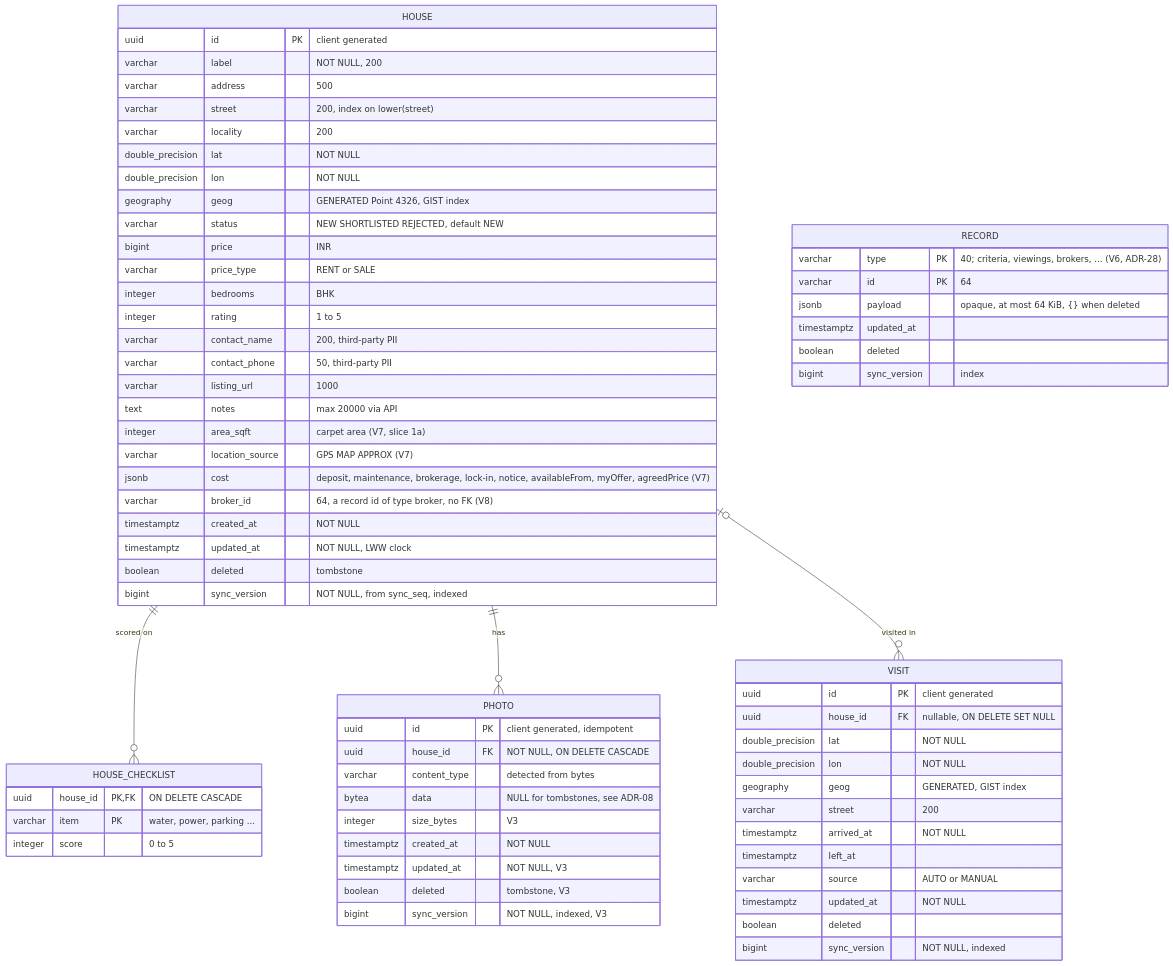
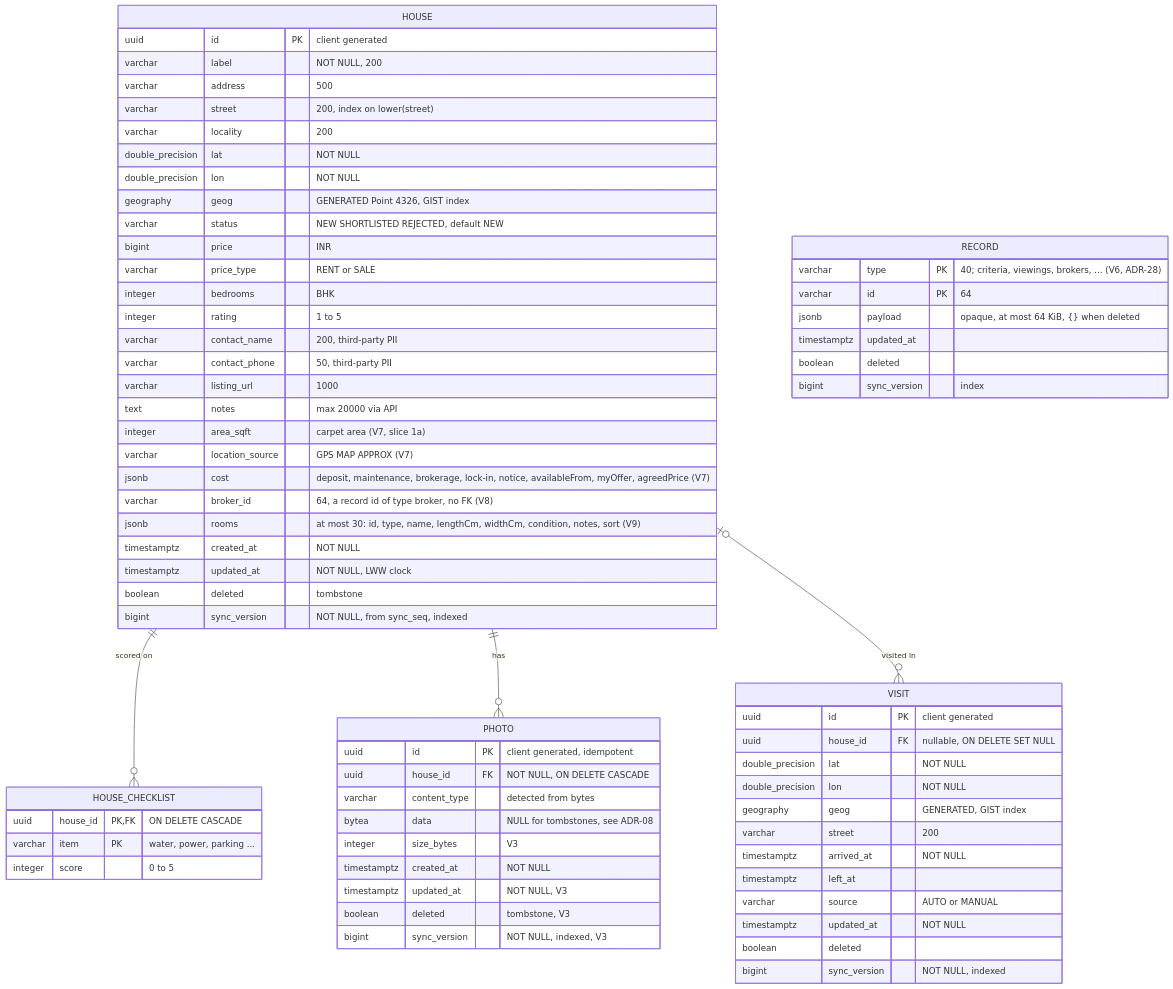
The seventh of 17 diagrams in docs/03-design.md (Sriram-Codes-SW/doorprints), drawn with Mermaid before and after one commit. The commit also changed other lines of this file and 133 other files, not shown here.

First line of the commit message:
feat(data): rooms with sizes and condition, slice 1c of the Sprint 4b data model (5.6) (#76)

````diff
--- a/docs/03-design.md
+++ b/docs/03-design.md
@@ -423,71 +424,72 @@
 ```mermaid
 erDiagram
     HOUSE ||--o{ HOUSE_CHECKLIST : "scored on"
     HOUSE ||--o{ PHOTO : "has"
     HOUSE |o--o{ VISIT : "visited in"
     RECORD {
         varchar type PK "40; criteria, viewings, brokers, ... (V6, ADR-28)"
         varchar id PK "64"
         jsonb payload "opaque, at most 64 KiB, {} when deleted"
         timestamptz updated_at
         boolean deleted
         bigint sync_version "index"
     }
     HOUSE {
         uuid id PK "client generated"
         varchar label "NOT NULL, 200"
         varchar address "500"
         varchar street "200, index on lower(street)"
         varchar locality "200"
         double_precision lat "NOT NULL"
         double_precision lon "NOT NULL"
         geography geog "GENERATED Point 4326, GIST index"
         varchar status "NEW SHORTLISTED REJECTED, default NEW"
         bigint price "INR"
         varchar price_type "RENT or SALE"
         integer bedrooms "BHK"
         integer rating "1 to 5"
         varchar contact_name "200, third-party PII"
         varchar contact_phone "50, third-party PII"
         varchar listing_url "1000"
         text notes "max 20000 via API"
         integer area_sqft "carpet area (V7, slice 1a)"
         varchar location_source "GPS MAP APPROX (V7)"
         jsonb cost "deposit, maintenance, brokerage, lock-in, notice, availableFrom, myOffer, agreedPrice (V7)"
         varchar broker_id "64, a record id of type broker, no FK (V8)"
+        jsonb rooms "at most 30: id, type, name, lengthCm, widthCm, condition, notes, sort (V9)"
         timestamptz created_at "NOT NULL"
         timestamptz updated_at "NOT NULL, LWW clock"
         boolean deleted "tombstone"
         bigint sync_version "NOT NULL, from sync_seq, indexed"
     }
     HOUSE_CHECKLIST {
         uuid house_id PK, FK "ON DELETE CASCADE"
         varchar item PK "water, power, parking ..."
         integer score "0 to 5"
     }
     VISIT {
         uuid id PK "client generated"
         uuid house_id FK "nullable, ON DELETE SET NULL"
         double_precision lat "NOT NULL"
         double_precision lon "NOT NULL"
         geography geog "GENERATED, GIST index"
         varchar street "200"
         timestamptz arrived_at "NOT NULL"
         timestamptz left_at
         varchar source "AUTO or MANUAL"
         timestamptz updated_at "NOT NULL"
         boolean deleted
         bigint sync_version "NOT NULL, indexed"
     }
     PHOTO {
         uuid id PK "client generated, idempotent"
         uuid house_id FK "NOT NULL, ON DELETE CASCADE"
         varchar content_type "detected from bytes"
         bytea data "NULL for tombstones, see ADR-08"
         integer size_bytes "V3"
         timestamptz created_at "NOT NULL"
         timestamptz updated_at "NOT NULL, V3"
         boolean deleted "tombstone, V3"
         bigint sync_version "NOT NULL, indexed, V3"
     }
 ```
````
